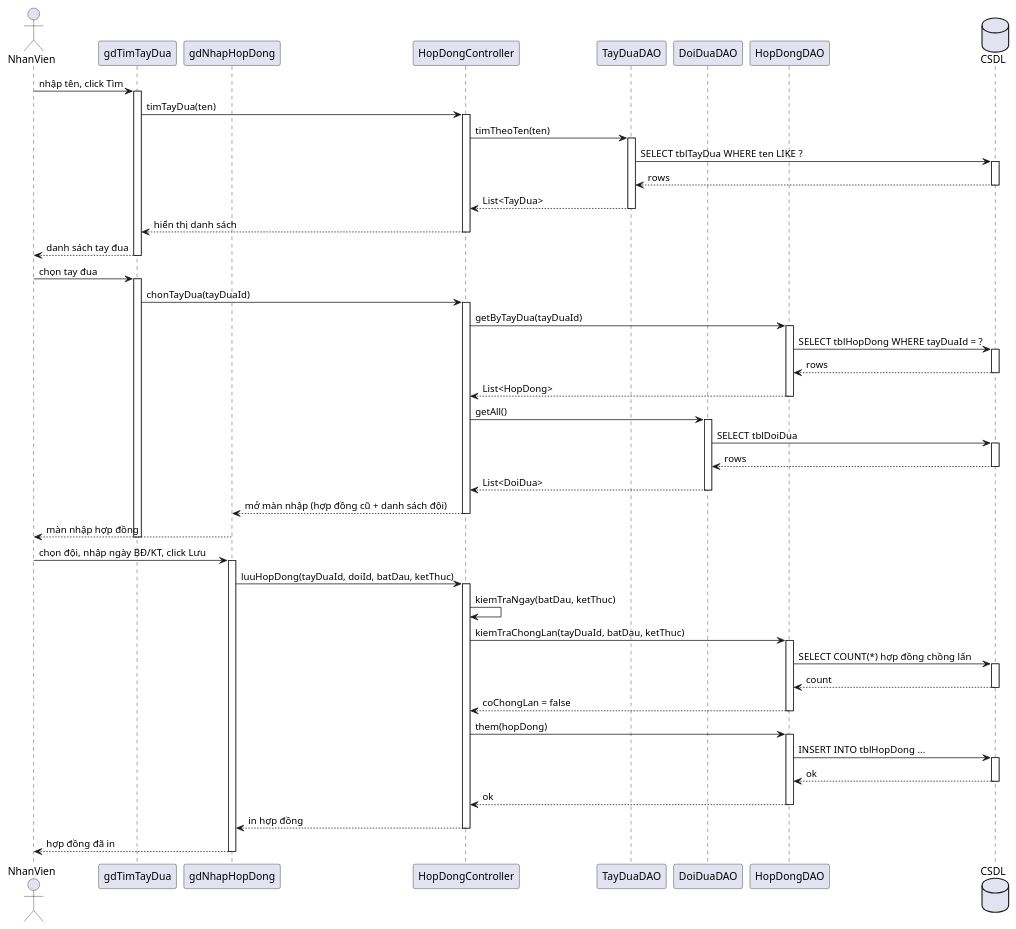
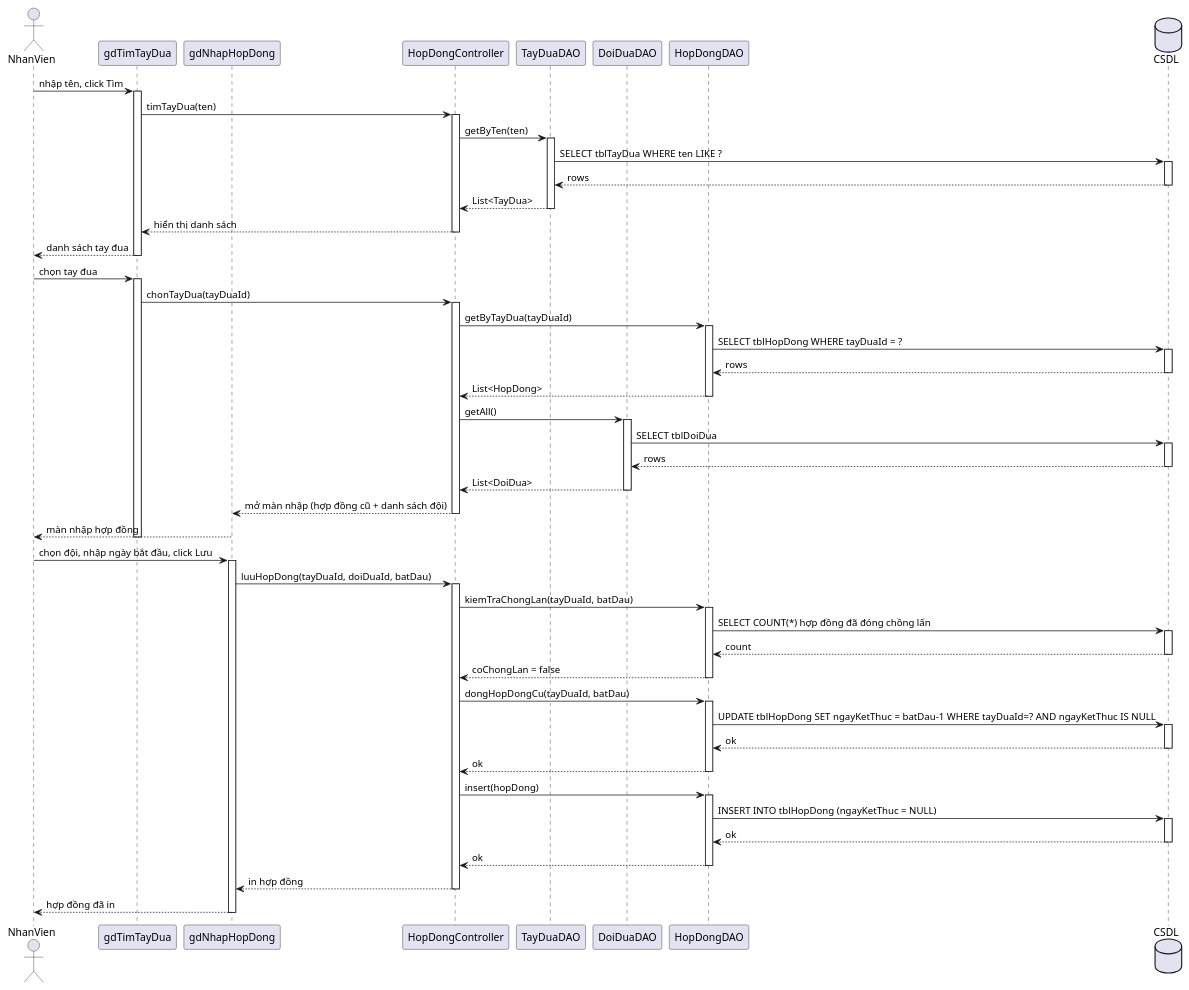
Before and after one commit to 7gho/CNPM-He2026: the fifth of 5 diagrams in Module 1 - Quan/noi-dung.md, drawn with PlantUML. The commit also changed other lines of this file and 9 other files, not shown here.

```diff
--- a/Module 1 - Quan/noi-dung.md
+++ b/Module 1 - Quan/noi-dung.md
@@ -217,7 +220,7 @@
 activate V1
 V1 -> C : timTayDua(ten)
 activate C
-C -> TDAO : timTheoTen(ten)
+C -> TDAO : getByTen(ten)
 activate TDAO
 TDAO -> DB : SELECT tblTayDua WHERE ten LIKE ?
 activate DB
@@ -255,22 +258,29 @@
 V2 --> NV : màn nhập hợp đồng
 deactivate V1
 
-NV -> V2 : chọn đội, nhập ngày BĐ/KT, click Lưu
+NV -> V2 : chọn đội, nhập ngày bắt đầu, click Lưu
 activate V2
-V2 -> C : luuHopDong(tayDuaId, doiId, batDau, ketThuc)
+V2 -> C : luuHopDong(tayDuaId, doiDuaId, batDau)
 activate C
-C -> C : kiemTraNgay(batDau, ketThuc)
-C -> HDAO : kiemTraChongLan(tayDuaId, batDau, ketThuc)
+C -> HDAO : kiemTraChongLan(tayDuaId, batDau)
 activate HDAO
-HDAO -> DB : SELECT COUNT(*) hợp đồng chồng lấn
+HDAO -> DB : SELECT COUNT(*) hợp đồng đã đóng chồng lấn
 activate DB
 DB --> HDAO : count
 deactivate DB
 HDAO --> C : coChongLan = false
 deactivate HDAO
-C -> HDAO : them(hopDong)
+C -> HDAO : dongHopDongCu(tayDuaId, batDau)
 activate HDAO
-HDAO -> DB : INSERT INTO tblHopDong ...
+HDAO -> DB : UPDATE tblHopDong SET ngayKetThuc = batDau-1 WHERE tayDuaId=? AND ngayKetThuc IS NULL
+activate DB
+DB --> HDAO : ok
+deactivate DB
+HDAO --> C : ok
+deactivate HDAO
+C -> HDAO : insert(hopDong)
+activate HDAO
+HDAO -> DB : INSERT INTO tblHopDong (ngayKetThuc = NULL)
 activate DB
 DB --> HDAO : ok
 deactivate DB
```
